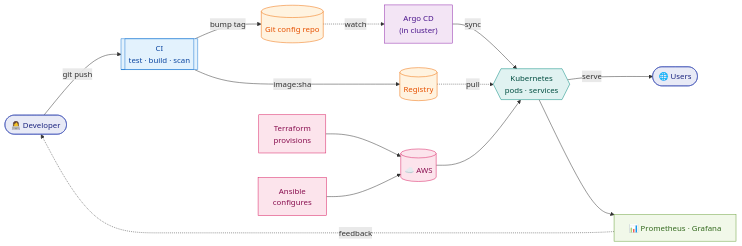
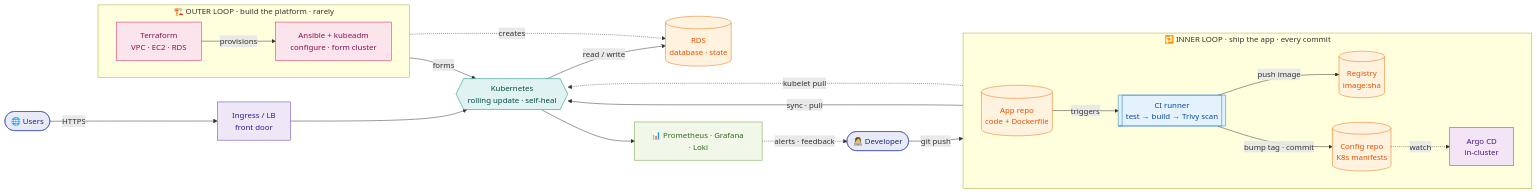
One commit to grvtech1/devops-handbook changed the first of 2 diagrams in docs/index.md. Above: the diagram before and after it, drawn with Mermaid. The commit also changed other lines of this file, not shown here.

Commit message:
feat(visual): rebuild the hero "how it all connects" diagram (two-loop model)
The landing diagram now teaches the handbook's core mental model instead of
just listing boxes. Fixes/adds:
- App repo (two-repo GitOps pattern: dev pushes source → CI → bumps config repo)
- explicit Trivy scan gate in CI
- Ingress / LB front door (Users → Ingress → cluster)
- RDS database as state OUTSIDE the cluster (state-outside golden thread)
- accurate infra flow: Terraform provisions → Ansible + kubeadm form the cluster
  (was: both → "AWS" → K8s)
- two subgraphs (OUTER = build platform / INNER = ship app) meeting at the cluster
- "CI never touches the cluster" made visible (CI → Git only; Argo pulls)

````diff
--- a/docs/index.md
+++ b/docs/index.md
@@ -22,22 +22,52 @@
 ```mermaid
 flowchart LR
-  Dev([👩‍💻 Developer]):::dev -->|git push| CI[["CI<br/>test · build · scan"]]:::ci
-  CI -->|image:sha| Reg[("Registry")]:::store
-  CI -->|bump tag| Cfg[("Git config repo")]:::store
-  Cfg -. watch .-> Argo["Argo CD<br/>(in cluster)"]:::cd
-  Argo -->|sync| K8s{{"Kubernetes<br/>pods · services"}}:::run
-  Reg -. pull .-> K8s
-  K8s -->|serve| Users([🌐 Users]):::dev
-  TF["Terraform<br/>provisions"]:::infra --> Cloud[("☁️ AWS")]:::infra
-  Ans["Ansible<br/>configures"]:::infra --> Cloud
-  Cloud --> K8s
-  K8s --> Obs["📊 Prometheus · Grafana"]:::obs
-  Obs -. feedback .-> Dev
+  Dev(["👩‍💻 Developer"]):::dev
+
+  subgraph INNER["🔁 INNER LOOP · ship the app · every commit"]
+    direction LR
+    App[("App repo<br/>code + Dockerfile")]:::store
+    CI[["CI runner<br/>test → build → Trivy scan"]]:::ci
+    Reg[("Registry<br/>image:sha")]:::store
+    Cfg[("Config repo<br/>K8s manifests")]:::store
+    Argo["Argo CD<br/>in-cluster"]:::cd
+  end
+
+  subgraph OUTER["🏗️ OUTER LOOP · build the platform · rarely"]
+    direction LR
+    TF["Terraform<br/>VPC · EC2 · RDS"]:::infra
+    Ans["Ansible + kubeadm<br/>configure · form cluster"]:::infra
+  end
+
+  K8s{{"Kubernetes<br/>rolling update · self-heal"}}:::run
+  Ing["Ingress / LB<br/>front door"]:::net
+  DB[("RDS<br/>database · state")]:::store
+  Users(["🌐 Users"]):::dev
+  Obs["📊 Prometheus · Grafana · Loki"]:::obs
+
+  Dev -->|"git push"| App
+  App -->|"triggers"| CI
+  CI -->|"push image"| Reg
+  CI -->|"bump tag · commit"| Cfg
+  Cfg -. "watch" .-> Argo
+  Argo -->|"sync · pull"| K8s
+  Reg -. "kubelet pull" .-> K8s
+
+  TF -->|"provisions"| Ans
+  Ans -->|"forms"| K8s
+  TF -. "creates" .-> DB
+
+  Users -->|"HTTPS"| Ing
+  Ing --> K8s
+  K8s -->|"read / write"| DB
+  K8s --> Obs
+  Obs -. "alerts · feedback" .-> Dev
+
   classDef dev fill:#e8eaf6,stroke:#3f51b5,color:#1a237e;
   classDef ci fill:#e3f2fd,stroke:#1976d2,color:#0d47a1;
   classDef store fill:#fff3e0,stroke:#ef6c00,color:#e65100;
   classDef cd fill:#f3e5f5,stroke:#8e24aa,color:#4a148c;
   classDef run fill:#e0f2f1,stroke:#00897b,color:#004d40;
   classDef infra fill:#fce4ec,stroke:#d81b60,color:#880e4f;
   classDef obs fill:#f1f8e9,stroke:#689f38,color:#33691e;
+  classDef net fill:#ede7f6,stroke:#5e35b1,color:#311b92;
 ```
````
